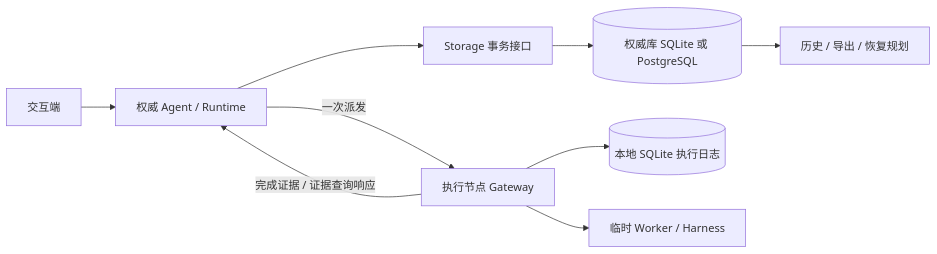
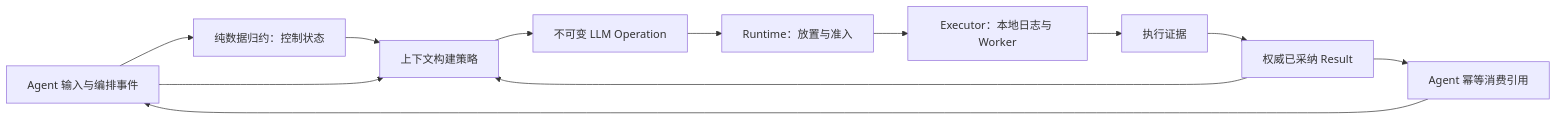
Before and after one commit to Hobr/Beamlet: the diagram in docs/architecture/agent-operation-persistence.md, drawn with Mermaid. The commit also changed other lines of this file and 12 other files, not shown here.

````diff
--- a/docs/architecture/agent-operation-persistence.md
+++ b/docs/architecture/agent-operation-persistence.md
@@ -60,11 +41,14 @@
 ```mermaid
 flowchart LR
-    UI[交互端] --> A[权威 Agent / Runtime]
-    A --> S[Storage 事务接口]
-    S --> DB[(权威库 SQLite 或 PostgreSQL)]
-    A -->|一次派发| G[执行节点 Gateway]
-    G --> J[(本地 SQLite 执行日志)]
-    G --> W[临时 Worker / Harness]
-    G -->|完成证据 / 证据查询响应| A
-    DB --> H[历史 / 导出 / 恢复规划]
+    I[Agent 输入与编排事件] --> S[纯数据归约：控制状态]
+    S --> C[上下文构建策略]
+    I --> C
+    R[权威已采纳 Result] --> C
+    C --> O[不可变 LLM Operation]
+    O --> RT[Runtime：放置与准入]
+    RT --> EX[Executor：本地日志与 Worker]
+    EX --> E[执行证据]
+    E --> R
+    R --> U[Agent 幂等消费引用]
+    U --> I
 ```
````
